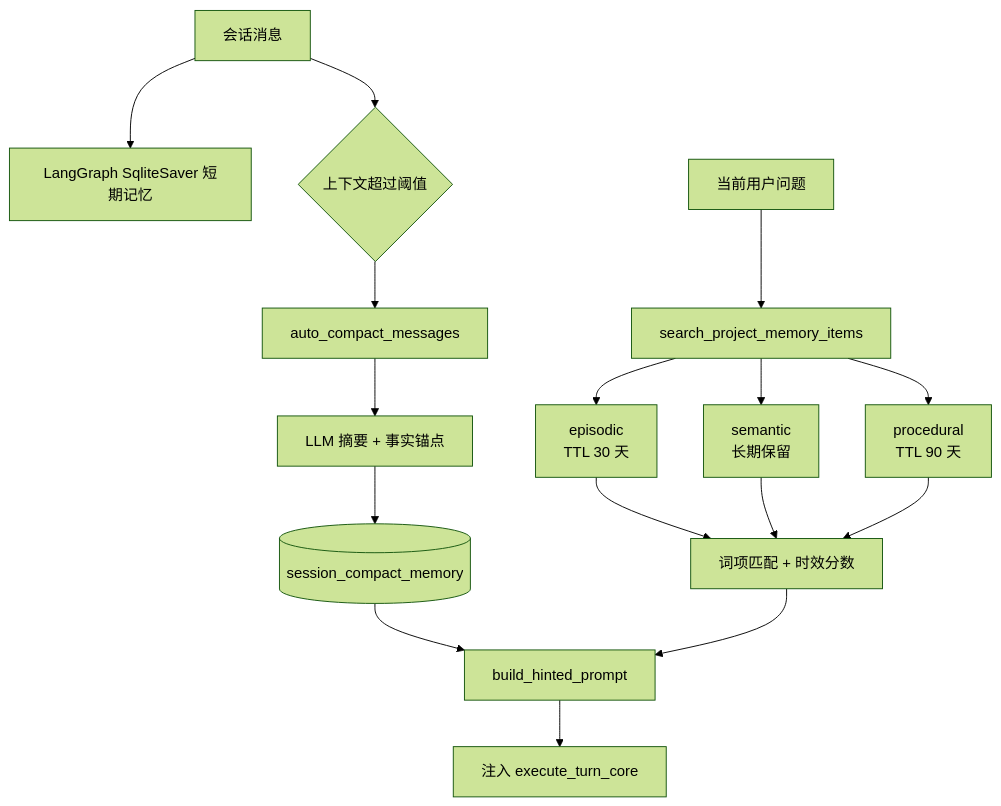
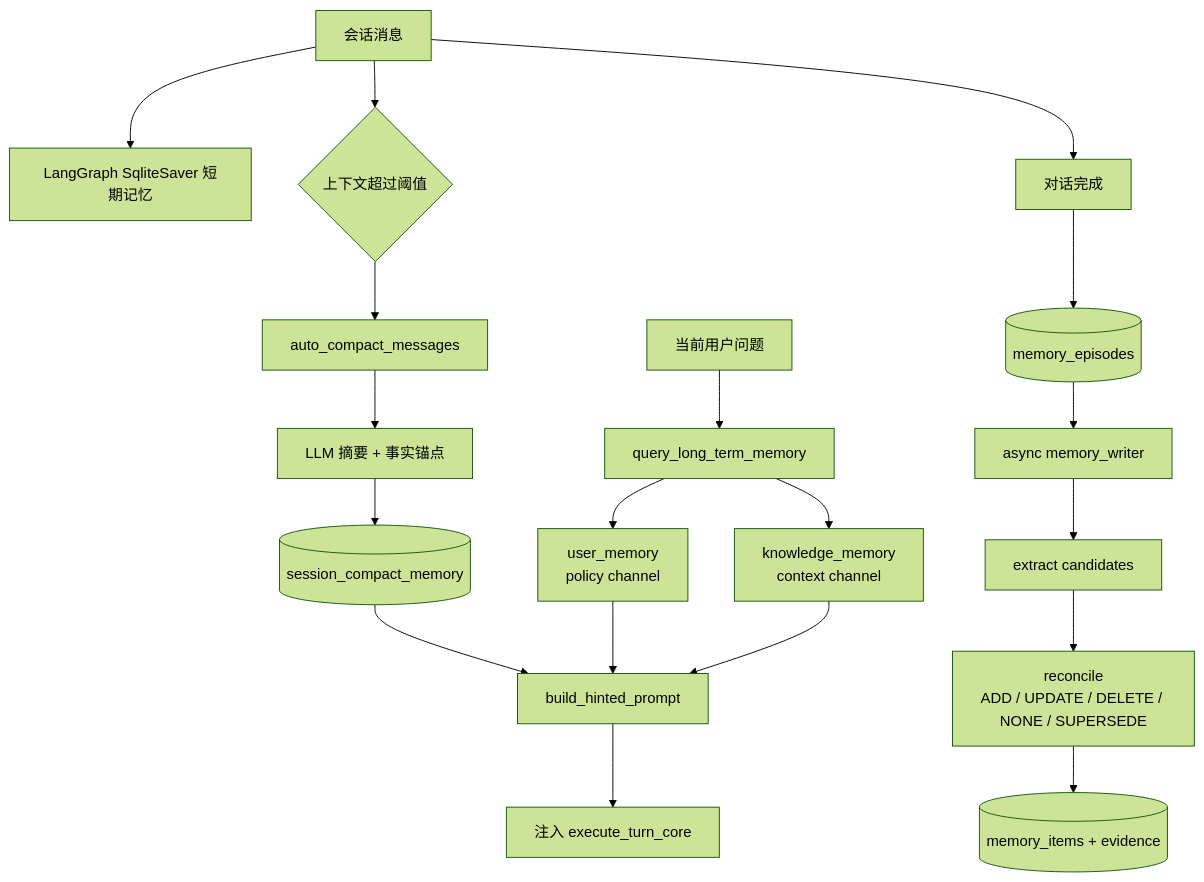
Before and after one commit to 0verL1nk/PaperSage: the third of 3 diagrams in README.md, drawn with Mermaid (forest theme). The commit also changed other lines of this file and 16 other files, not shown here.

````diff
--- a/README.md
+++ b/README.md
@@ -147,18 +147,21 @@
 ```mermaid
 flowchart TB
     A[会话消息] --> B[LangGraph SqliteSaver 短期记忆]
     A --> C{上下文超过阈值}
     C --> D[auto_compact_messages]
     D --> E[LLM 摘要 + 事实锚点]
     E --> F[(session_compact_memory)]
-    G[当前用户问题] --> H[search_project_memory_items]
-    H --> I[episodic<br/>TTL 30 天]
-    H --> J[semantic<br/>长期保留]
-    H --> K[procedural<br/>TTL 90 天]
-    I --> L[词项匹配 + 时效分数]
-    J --> L
-    K --> L
-    F --> M[build_hinted_prompt]
-    L --> M
-    M --> N[注入 execute_turn_core]
+    A --> G[对话完成]
+    G --> H[(memory_episodes)]
+    H --> I[async memory_writer]
+    I --> J[extract candidates]
+    J --> K[reconcile<br/>ADD / UPDATE / DELETE / NONE / SUPERSEDE]
+    K --> L[(memory_items + evidence)]
+    M[当前用户问题] --> N[query_long_term_memory]
+    N --> O[user_memory<br/>policy channel]
+    N --> P[knowledge_memory<br/>context channel]
+    F --> Q[build_hinted_prompt]
+    O --> Q
+    P --> Q
+    Q --> R[注入 execute_turn_core]
 ```
````
